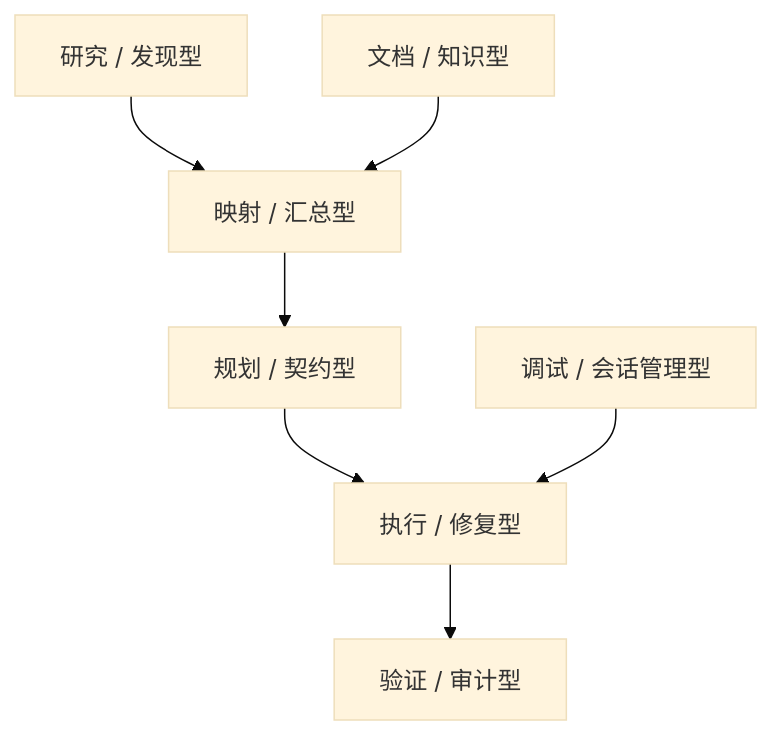
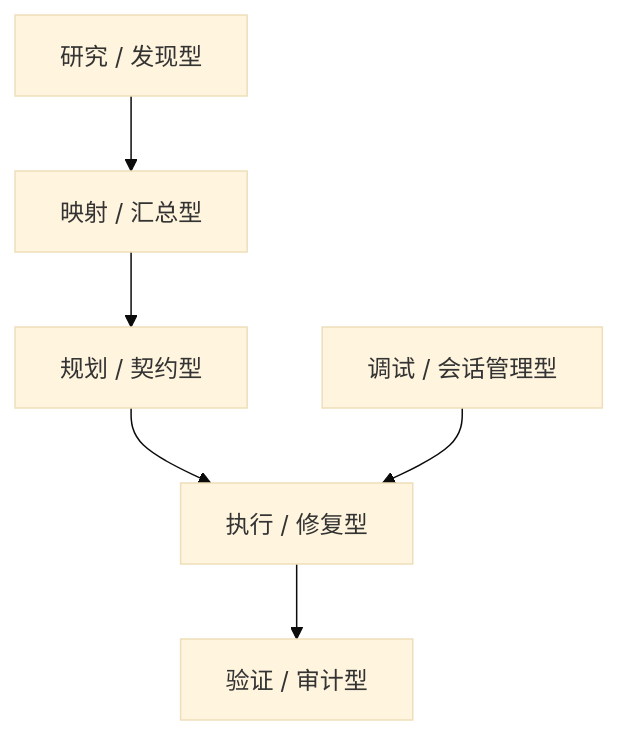
One commit to Wynne-cwb/gsd-remix changed the first of 3 diagrams in guide/11-agent-family-map.md. Above: the diagram before and after it, drawn with Mermaid (base theme). The commit also changed other lines of this file and 71 other files, not shown here.

````diff
--- a/guide/11-agent-family-map.md
+++ b/guide/11-agent-family-map.md
@@ -51,10 +50,9 @@
 ```mermaid
 flowchart TD
     A["研究 / 发现型"] --> B["映射 / 汇总型"]
     B --> C["规划 / 契约型"]
     C --> D["执行 / 修复型"]
     D --> E["验证 / 审计型"]
 
-    F["文档 / 知识型"] --> B
     G["调试 / 会话管理型"] --> D
 ```
````
